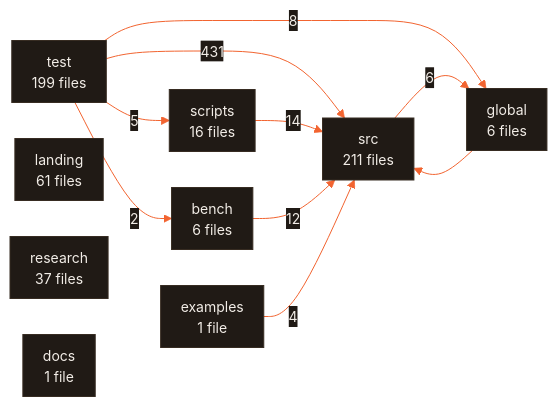
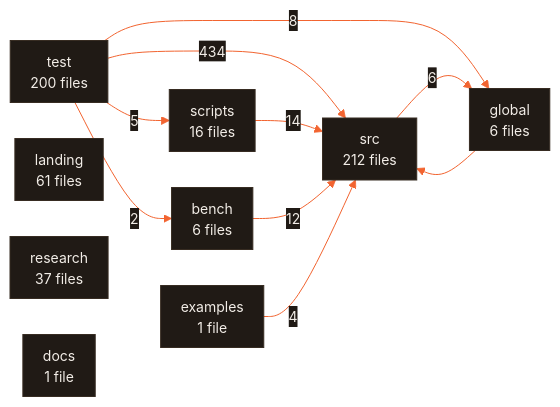
One commit to CodeWithJuber/forgekit changed the diagram in ARCHITECTURE.md. Above: the diagram before and after it, drawn with Mermaid. The commit also changed 21 other files, not shown here.

````diff
--- a/ARCHITECTURE.md
+++ b/ARCHITECTURE.md
@@ -676,22 +676,22 @@
 ```mermaid
 %%{init: {'theme':'base','themeVariables':{'primaryColor':'#201a15','primaryTextColor':'#f2ede7','primaryBorderColor':'#372c22','lineColor':'#f26430','secondaryColor':'#272019','tertiaryColor':'#171310','edgeLabelBackground':'#201a15','clusterBkg':'#171310','clusterBorder':'#4a3b2e','fontFamily':'ui-sans-serif, system-ui, sans-serif','fontSize':'14px'},'flowchart':{'curve':'basis','padding':10,'nodeSpacing':36,'rankSpacing':44}}}%%
 flowchart LR
-  src["src<br/>211 files"]
-  test["test<br/>199 files"]
+  src["src<br/>212 files"]
+  test["test<br/>200 files"]
   landing["landing<br/>61 files"]
   research["research<br/>37 files"]
   scripts["scripts<br/>16 files"]
   bench["bench<br/>6 files"]
   global["global<br/>6 files"]
   docs["docs<br/>1 file"]
   examples["examples<br/>1 file"]
-  test -- 431 --> src
+  test -- 434 --> src
   scripts -- 14 --> src
   bench -- 12 --> src
   test -- 8 --> global
   src -- 6 --> global
   test -- 5 --> scripts
   examples -- 4 --> src
   test -- 2 --> bench
   global --> src
 ```
````
